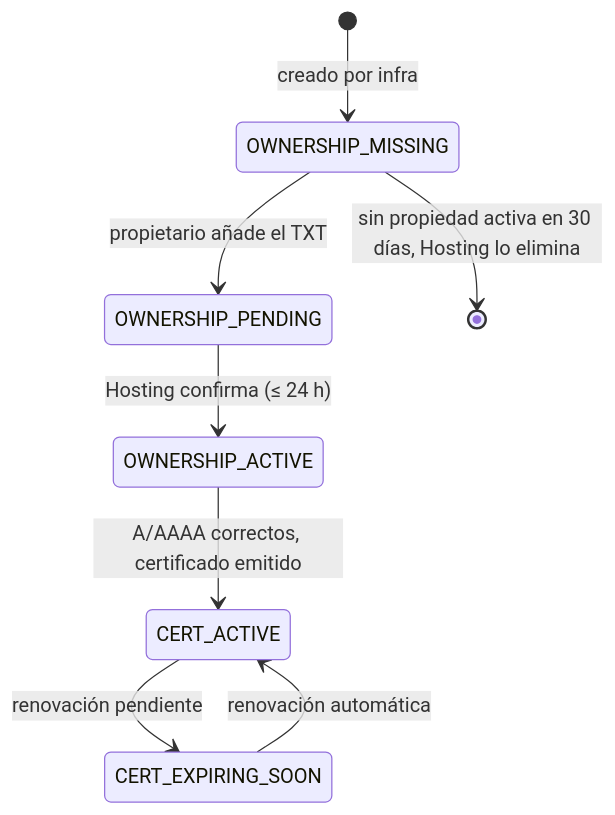
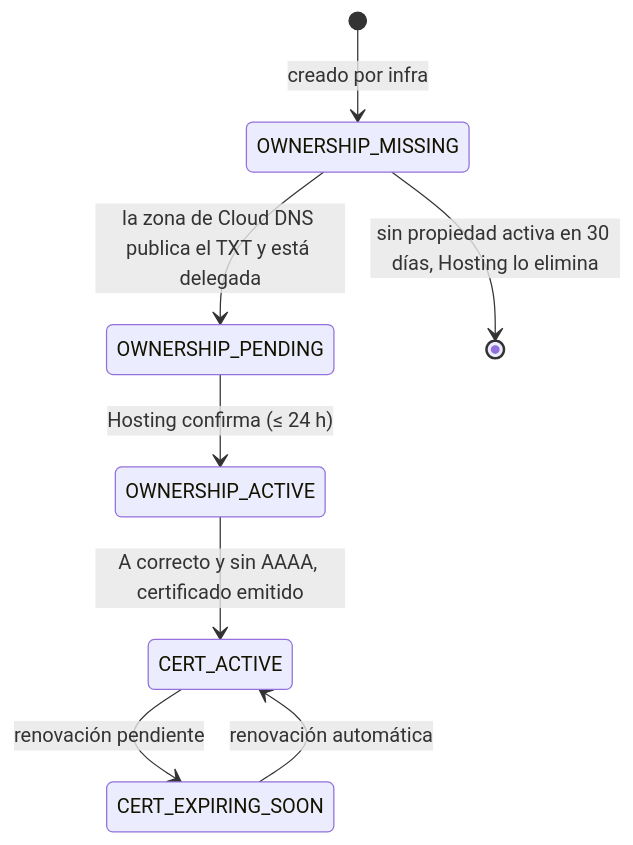
Before and after one commit to pcodlcruz/my-tasks: the first of 2 diagrams in specs/005-custom-domain/data-model.md, drawn with Mermaid. The commit also changed other lines of this file and 9 other files, not shown here.

First line of the commit message:
docs(spec): move feature 005 to inserttask.es with Cloud DNS

````diff
--- a/specs/005-custom-domain/data-model.md
+++ b/specs/005-custom-domain/data-model.md
@@ -43,10 +43,10 @@
 ```mermaid
 stateDiagram-v2
     [*] --> OWNERSHIP_MISSING: creado por infra
-    OWNERSHIP_MISSING --> OWNERSHIP_PENDING: propietario añade el TXT
+    OWNERSHIP_MISSING --> OWNERSHIP_PENDING: la zona de Cloud DNS publica el TXT y está delegada
     OWNERSHIP_PENDING --> OWNERSHIP_ACTIVE: Hosting confirma (≤ 24 h)
-    OWNERSHIP_ACTIVE --> CERT_ACTIVE: A/AAAA correctos, certificado emitido
+    OWNERSHIP_ACTIVE --> CERT_ACTIVE: A correcto y sin AAAA, certificado emitido
     CERT_ACTIVE --> CERT_EXPIRING_SOON: renovación pendiente
     CERT_EXPIRING_SOON --> CERT_ACTIVE: renovación automática
     OWNERSHIP_MISSING --> [*]: sin propiedad activa en 30 días, Hosting lo elimina
 ```
````
